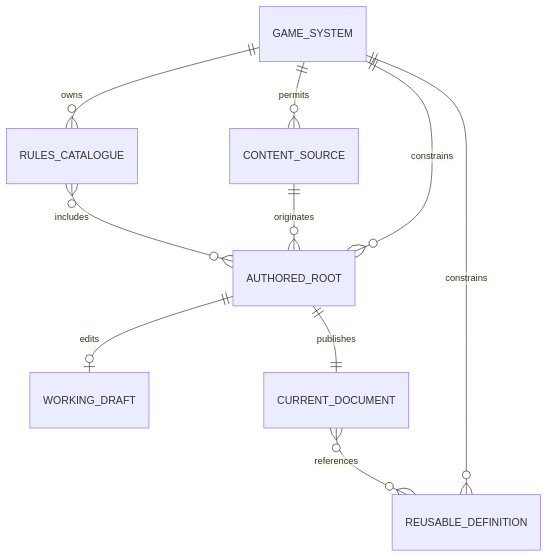
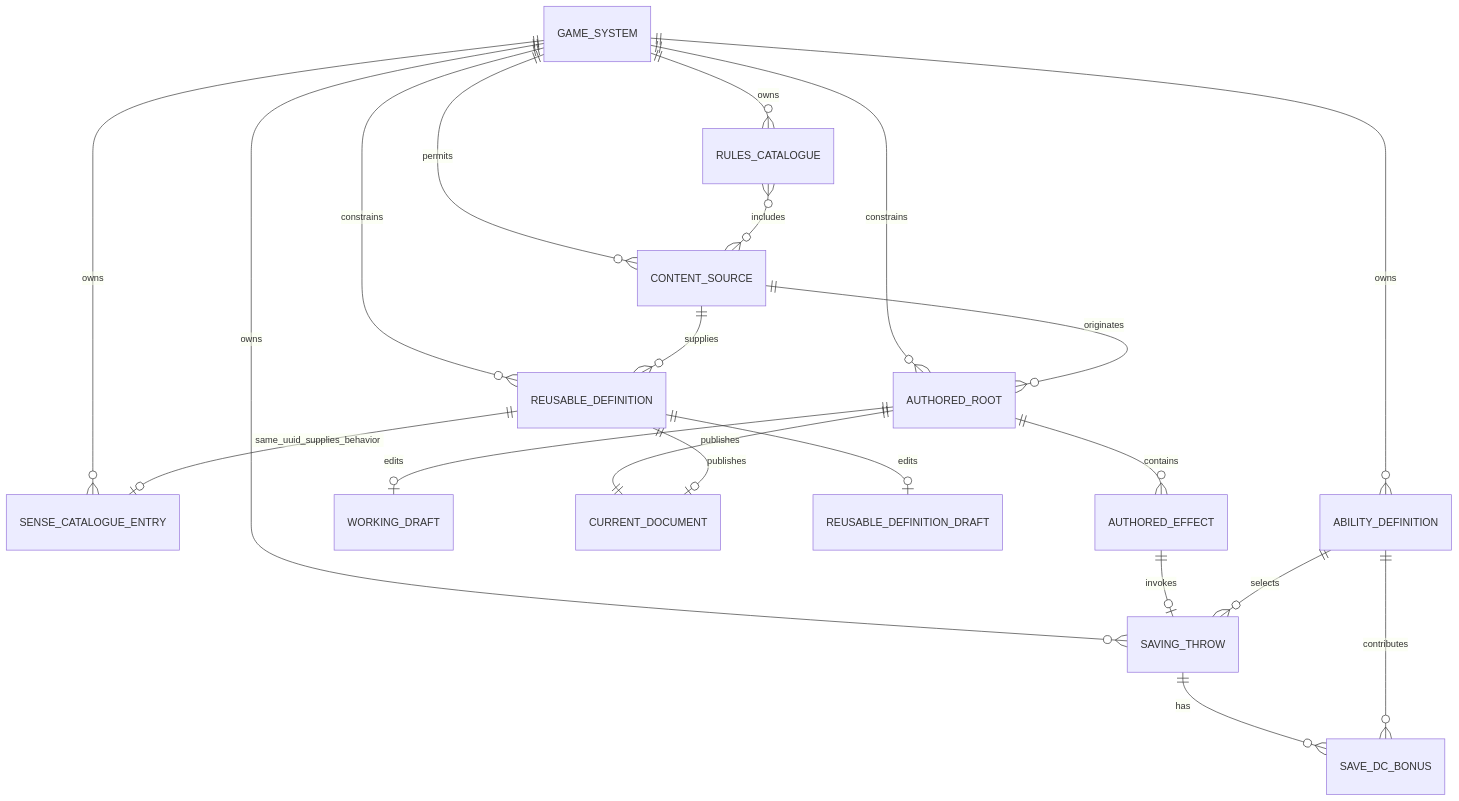
The first of 4 diagrams in docs/architecture/rules-runtime-erd.md (MPiland/artificer-toolkit), drawn with Mermaid before and after one commit. The commit also changed other lines of this file and 986 other files, not shown here.

````diff
--- a/docs/architecture/rules-runtime-erd.md
+++ b/docs/architecture/rules-runtime-erd.md
@@ -16,12 +16,23 @@
 ```mermaid
 erDiagram
   GAME_SYSTEM ||--o{ RULES_CATALOGUE : owns
   GAME_SYSTEM ||--o{ CONTENT_SOURCE : permits
   GAME_SYSTEM ||--o{ REUSABLE_DEFINITION : constrains
   GAME_SYSTEM ||--o{ AUTHORED_ROOT : constrains
+  GAME_SYSTEM ||--o{ SENSE_CATALOGUE_ENTRY : owns
+  GAME_SYSTEM ||--o{ ABILITY_DEFINITION : owns
+  GAME_SYSTEM ||--o{ SAVING_THROW : owns
   CONTENT_SOURCE ||--o{ AUTHORED_ROOT : originates
-  RULES_CATALOGUE }o--o{ AUTHORED_ROOT : includes
+  RULES_CATALOGUE }o--o{ CONTENT_SOURCE : includes
+  CONTENT_SOURCE ||--o{ REUSABLE_DEFINITION : supplies
+  REUSABLE_DEFINITION ||--o| SENSE_CATALOGUE_ENTRY : same_uuid_supplies_behavior
   AUTHORED_ROOT ||--o| WORKING_DRAFT : edits
   AUTHORED_ROOT ||--|| CURRENT_DOCUMENT : publishes
-  CURRENT_DOCUMENT }o--o{ REUSABLE_DEFINITION : references
+  REUSABLE_DEFINITION ||--o| REUSABLE_DEFINITION_DRAFT : edits
+  REUSABLE_DEFINITION ||--o| CURRENT_DOCUMENT : publishes
+  AUTHORED_ROOT ||--o{ AUTHORED_EFFECT : contains
+  AUTHORED_EFFECT ||--o| SAVING_THROW : invokes
+  ABILITY_DEFINITION ||--o{ SAVING_THROW : selects
+  SAVING_THROW ||--o{ SAVE_DC_BONUS : has
+  ABILITY_DEFINITION ||--o{ SAVE_DC_BONUS : contributes
 ```
````
